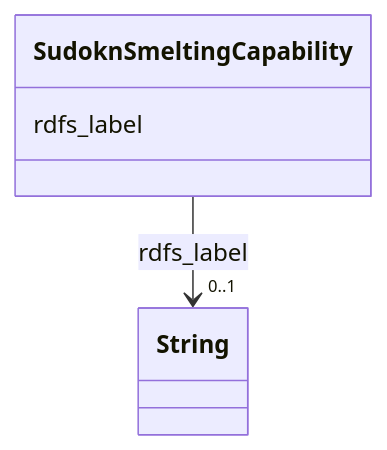
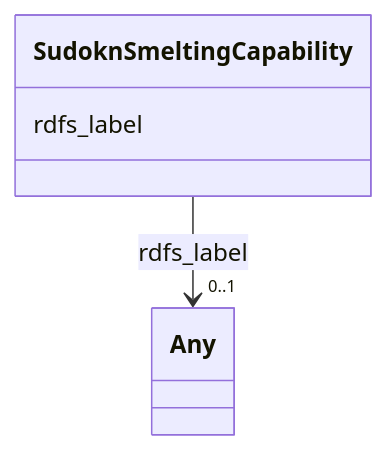
Before and after one commit to frink-okn/graph-descriptions: the diagram in sudokn-kg/classes/SudoknSmeltingCapability.md, drawn with Mermaid. The commit also changed other lines of this file and 903 other files, not shown here.

````diff
--- a/sudokn-kg/classes/SudoknSmeltingCapability.md
+++ b/sudokn-kg/classes/SudoknSmeltingCapability.md
@@ -23,15 +18,15 @@
 ```mermaid
  classDiagram
     class SudoknSmeltingCapability
     click SudoknSmeltingCapability href "../SudoknSmeltingCapability"
       SudoknSmeltingCapability : rdfs_label
         
           
     
     
-    SudoknSmeltingCapability --> "0..1" String : rdfs_label
-    click String href "../String"
+    SudoknSmeltingCapability --> "0..1" Any : rdfs_label
+    click Any href "../Any"
 
         
       
 ```
````
